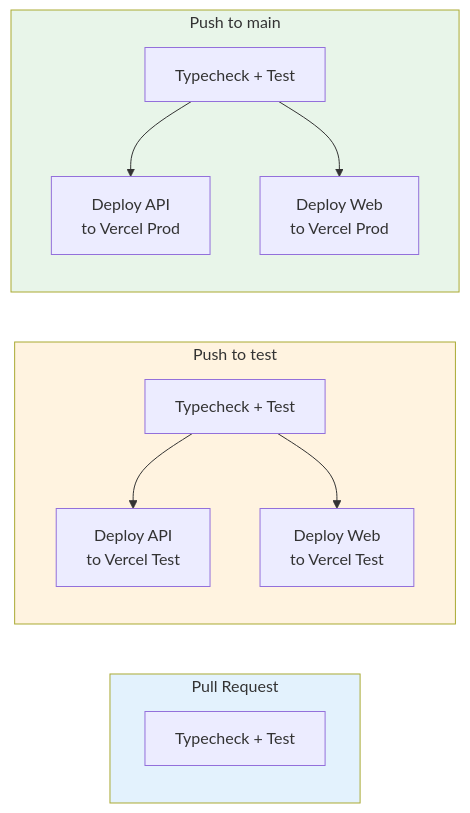
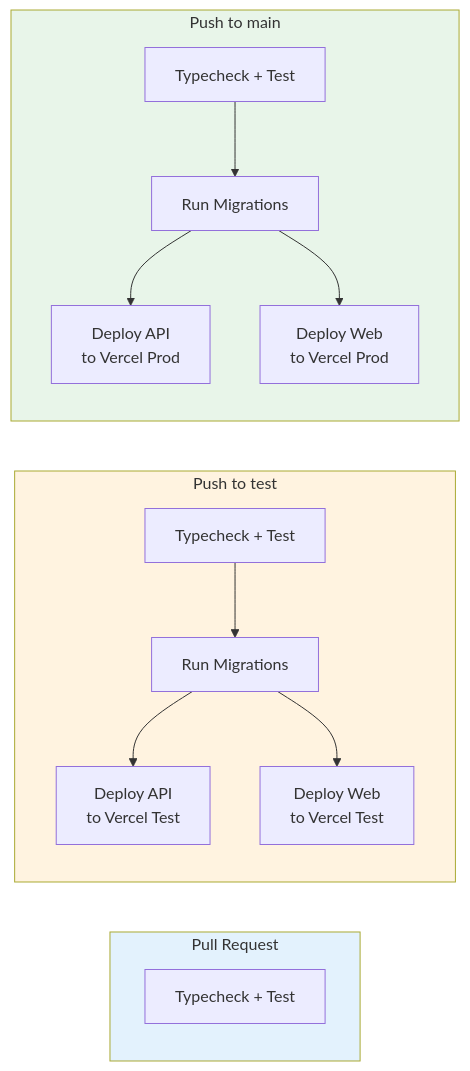
Before and after one commit to mjmitchell86/Spendoza: diagram 11 of 12 in README.md, drawn with Mermaid. The commit also changed other lines of this file, not shown here.

First line of the commit message:
docs: update README with accurate architecture, endpoints, and features

````diff
--- a/README.md
+++ b/README.md
@@ -544,22 +727,24 @@
 ```mermaid
 flowchart LR
     subgraph PR["Pull Request"]
         Check[Typecheck + Test]
     end
 
     subgraph Test["Push to test"]
         TCheck[Typecheck + Test]
-        TCheck --> DAPI[Deploy API<br/>to Vercel Test]
-        TCheck --> DWeb[Deploy Web<br/>to Vercel Test]
+        TCheck --> TMigrate[Run Migrations]
+        TMigrate --> DAPI[Deploy API<br/>to Vercel Test]
+        TMigrate --> DWeb[Deploy Web<br/>to Vercel Test]
     end
 
     subgraph Prod["Push to main"]
         PCheck[Typecheck + Test]
-        PCheck --> PAPI[Deploy API<br/>to Vercel Prod]
-        PCheck --> PWeb[Deploy Web<br/>to Vercel Prod]
+        PCheck --> PMigrate[Run Migrations]
+        PMigrate --> PAPI[Deploy API<br/>to Vercel Prod]
+        PMigrate --> PWeb[Deploy Web<br/>to Vercel Prod]
     end
 
     style PR fill:#e3f2fd
     style Test fill:#fff3e0
     style Prod fill:#e8f5e9
 ```
````
